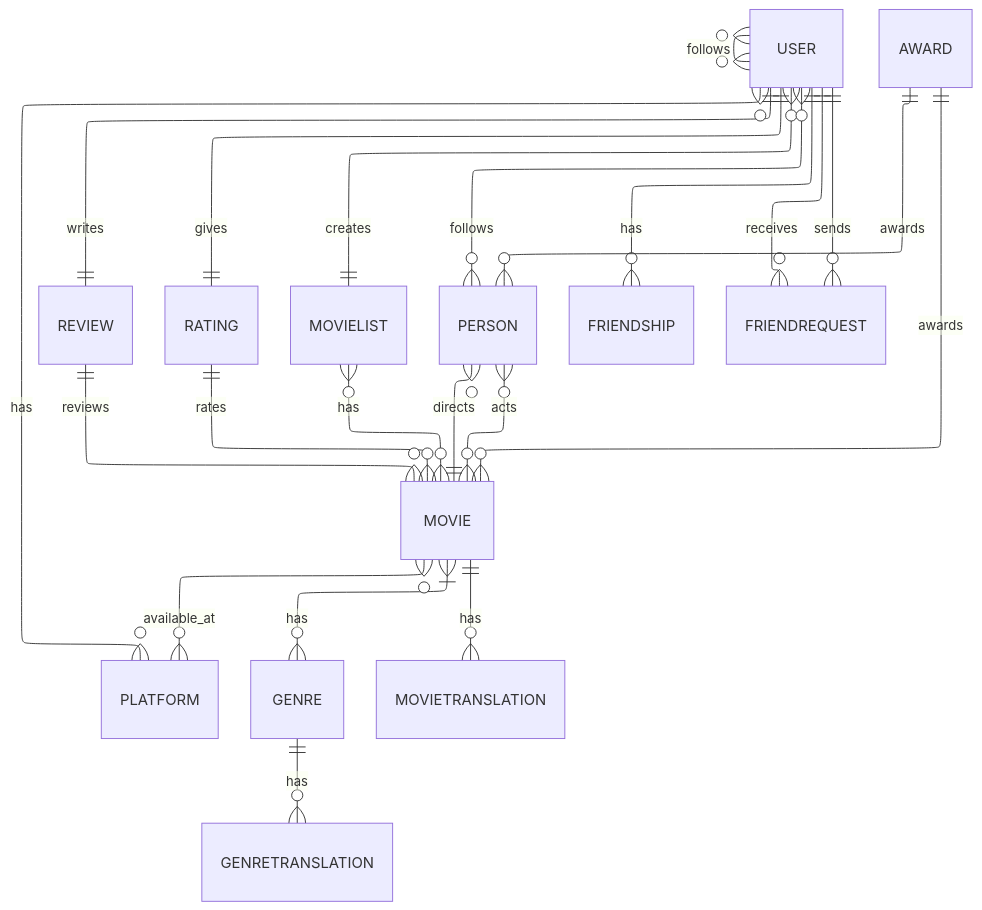
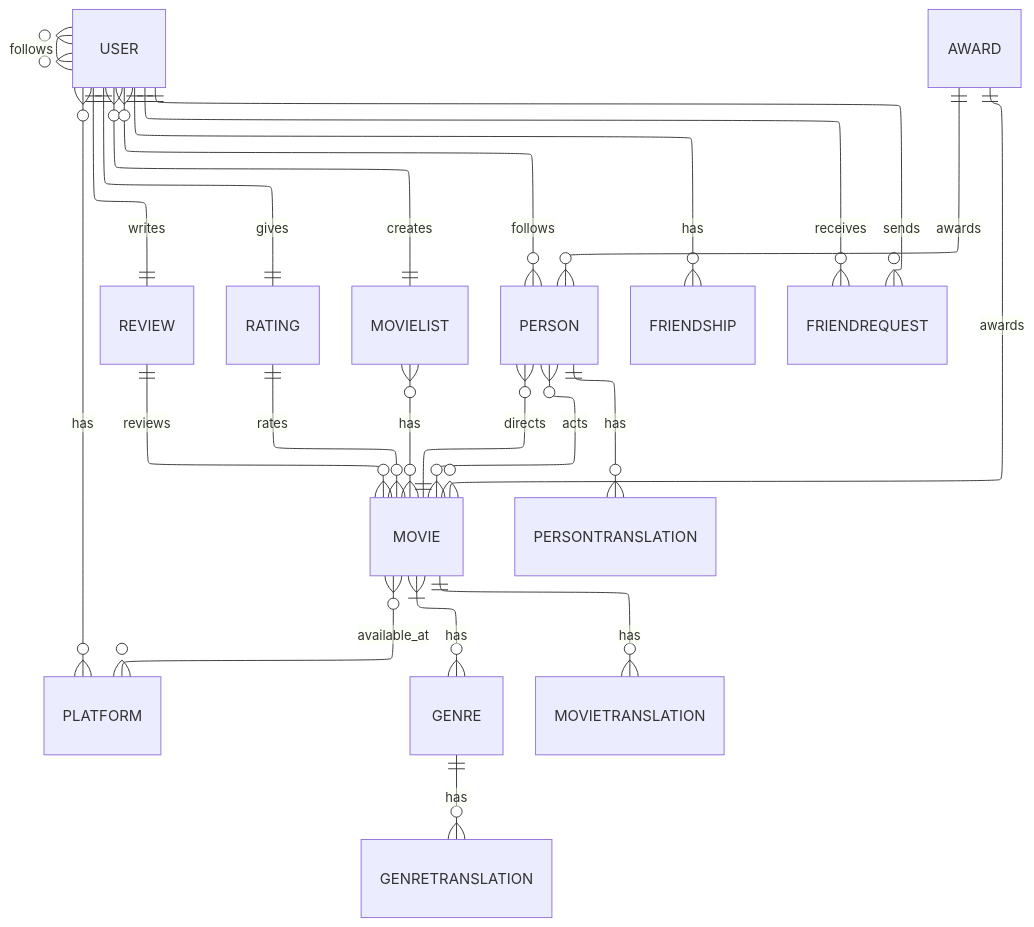
Before and after one commit to moviesxmovies/MoviesXMovies: the first of 2 diagrams in docs/diagrams.md, drawn with Mermaid. The commit also changed other lines of this file and 3 other files, not shown here.

Commit message:
docs: also updated diagrams

````diff
--- a/docs/diagrams.md
+++ b/docs/diagrams.md
@@ -8,28 +8,29 @@
 ```mermaid
 ---
 config:
   layout: elk
 ---
 
 erDiagram
     USER }o--o{ USER: follows
     USER ||--|| REVIEW: writes
     USER ||--|| RATING: gives
     USER }o--|| MOVIELIST: creates
     USER }o--o{ PERSON: follows
     USER }o--o{ PLATFORM: has
     USER ||--o{ FRIENDSHIP: has
     USER ||--o{ FRIENDREQUEST: sends
     USER ||--o{ FRIENDREQUEST: receives
     PERSON }o--|| MOVIE: directs
     PERSON }o--o{ MOVIE: acts
     MOVIE }|--o{ GENRE: has
     MOVIE }o--o{ PLATFORM: available_at
     MOVIE ||--o{ MOVIETRANSLATION: has
     AWARD ||--o{ MOVIE: awards
     AWARD ||--o{ PERSON: awards
     MOVIELIST }o--o{ MOVIE: has
     RATING ||--o{ MOVIE: rates
     REVIEW ||--o{ MOVIE: reviews
     GENRE ||--o{ GENRETRANSLATION: has
+    PERSON  ||--o{ PERSONTRANSLATION: has
 ```
````
